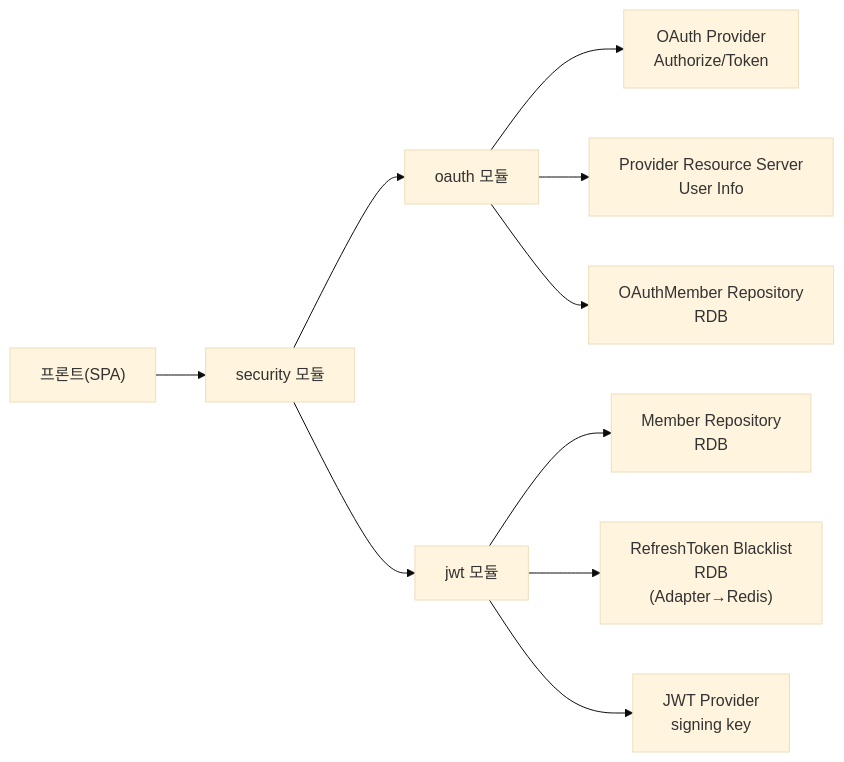
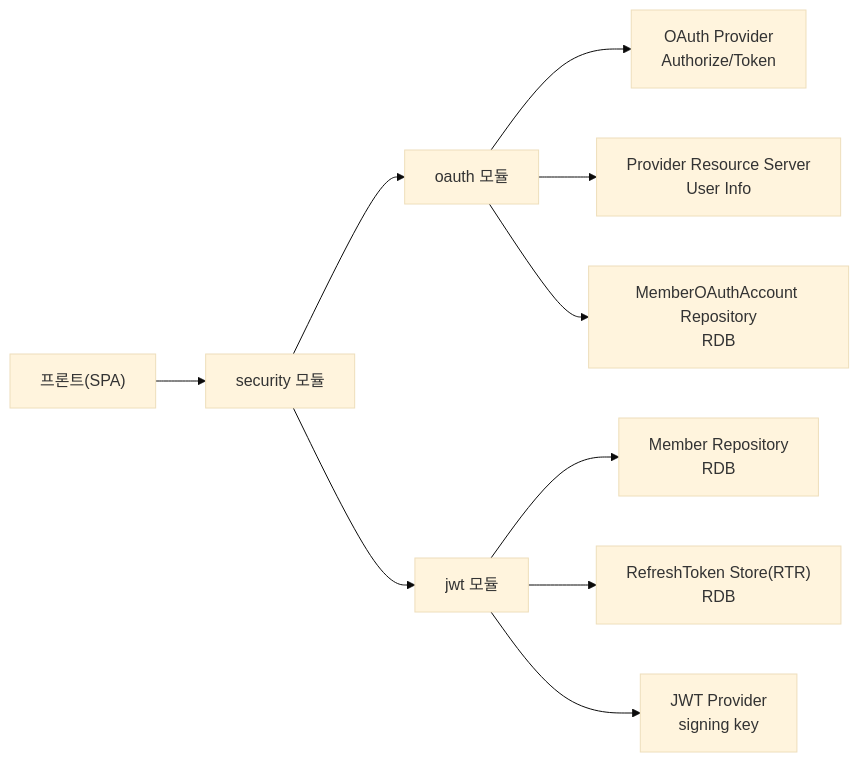
Before and after one commit to 100-hours-a-week/3-team-Tasteam-be: the first of 5 diagrams in docs/spec/tech/auth/README.md, drawn with Mermaid (base theme). The commit also changed other lines of this file, not shown here.

````diff
--- a/docs/spec/tech/auth/README.md
+++ b/docs/spec/tech/auth/README.md
@@ -128,14 +127,14 @@
 ```mermaid
 flowchart LR
   FE["프론트(SPA)"] --> SEC["security 모듈"]
   SEC --> OAUTH["oauth 모듈"]
   SEC --> JWT["jwt 모듈"]
 
   OAUTH --> OP["OAuth Provider<br/>Authorize/Token"]
   OAUTH --> PRS["Provider Resource Server<br/>User Info"]
-  OAUTH --> OAUTH_REPO["OAuthMember Repository<br/>RDB"]
+  OAUTH --> OAUTH_REPO["MemberOAuthAccount Repository<br/>RDB"]
 
   JWT --> MEMBER_REPO["Member Repository<br/>RDB"]
-  JWT --> BLACKLIST_STORE["RefreshToken Blacklist<br/>RDB<br/>(Adapter→Redis)"]
+  JWT --> REFRESH_STORE["RefreshToken Store(RTR)<br/>RDB"]
   JWT --> JWT_PROVIDER["JWT Provider<br/>signing key"]
 ```
````
